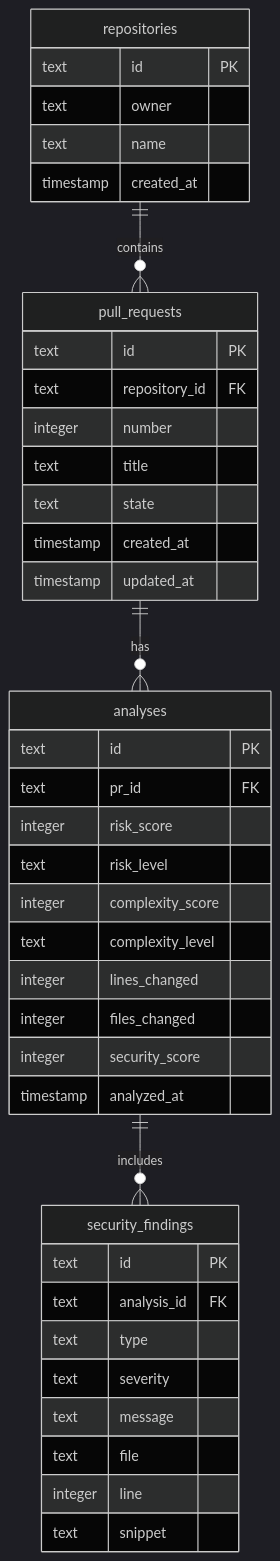
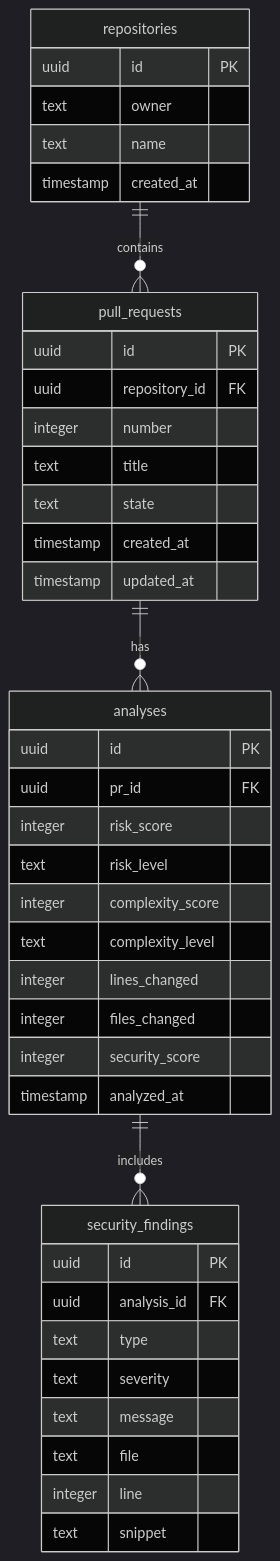
Before and after one commit to hideaki1979/claudecode_codereview: the first of 3 diagrams in plan.md, drawn with Mermaid (dark theme). The commit also changed other lines of this file and 2 other files, not shown here.

````diff
--- a/plan.md
+++ b/plan.md
@@ -189,47 +189,47 @@
 ```mermaid
 erDiagram
     repositories ||--o{ pull_requests : contains
     pull_requests ||--o{ analyses : has
     analyses ||--o{ security_findings : includes
 
     repositories {
-        text id PK
+        uuid id PK
         text owner
         text name
         timestamp created_at
     }
 
     pull_requests {
-        text id PK
-        text repository_id FK
+        uuid id PK
+        uuid repository_id FK
         integer number
         text title
         text state
         timestamp created_at
         timestamp updated_at
     }
 
     analyses {
-        text id PK
-        text pr_id FK
+        uuid id PK
+        uuid pr_id FK
         integer risk_score
         text risk_level
         integer complexity_score
         text complexity_level
         integer lines_changed
         integer files_changed
         integer security_score
         timestamp analyzed_at
     }
 
     security_findings {
-        text id PK
-        text analysis_id FK
+        uuid id PK
+        uuid analysis_id FK
         text type
         text severity
         text message
         text file
         integer line
         text snippet
     }
 ```
````
